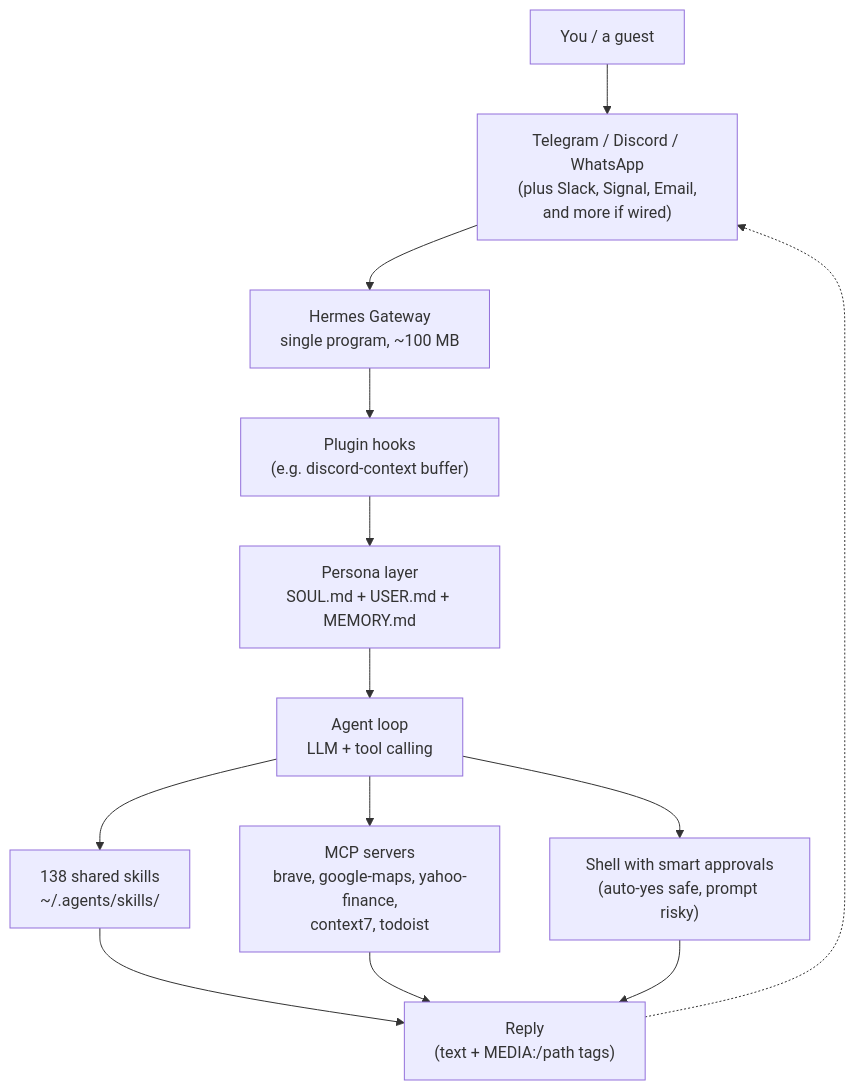
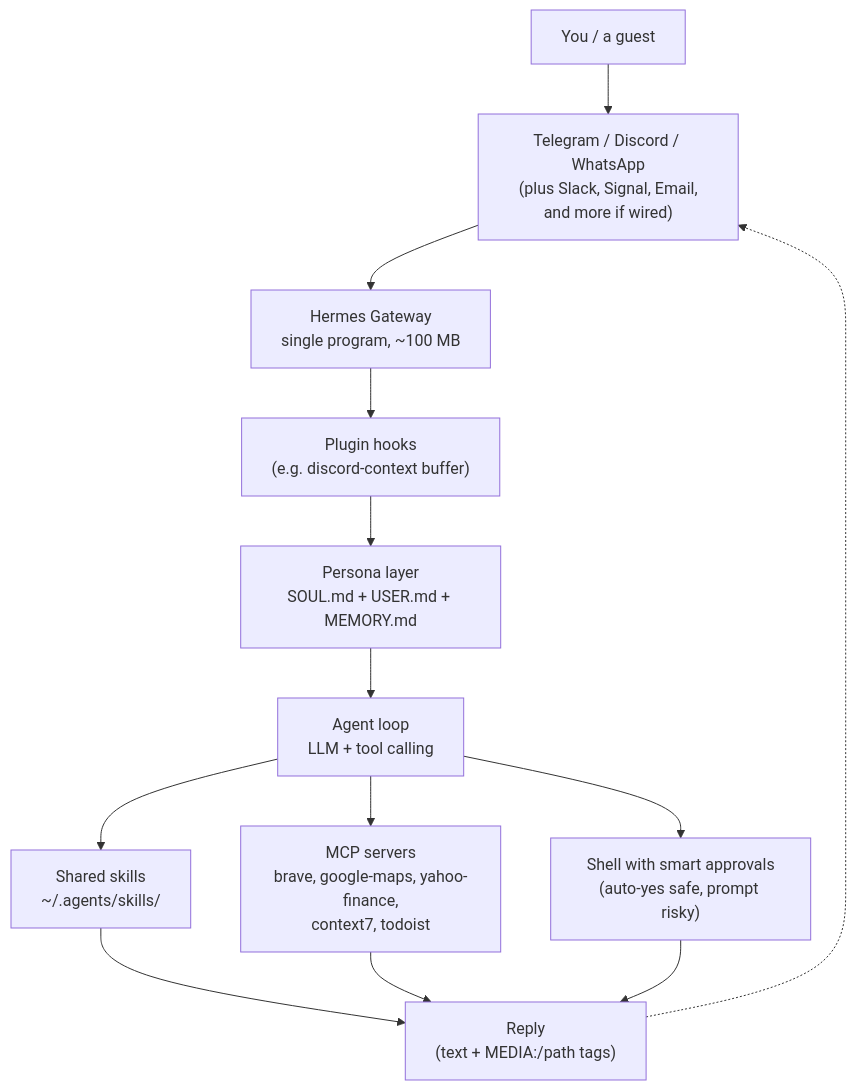
One commit to absolutepraya/blog changed the first of 5 diagrams in content/posts/hermes-agent-setup.md. Above: the diagram before and after it, drawn with Mermaid. The commit also changed other lines of this file, not shown here.

Commit message:
Refresh Hermes agent build log

````diff
--- a/content/posts/hermes-agent-setup.md
+++ b/content/posts/hermes-agent-setup.md
@@ -51,18 +53,18 @@
 ```mermaid
 graph TD
     User["You / a guest"]
     User --> Platform["Telegram / Discord / WhatsApp<br>(plus Slack, Signal, Email,<br>and more if wired)"]
     Platform --> Gateway["Hermes Gateway<br>single program, ~100 MB"]
     Gateway --> Hooks["Plugin hooks<br>(e.g. discord-context buffer)"]
     Hooks --> Persona["Persona layer<br>SOUL.md + USER.md + MEMORY.md"]
     Persona --> Agent["Agent loop<br>LLM + tool calling"]
 
-    Agent --> Skills["138 shared skills<br>~/.agents/skills/"]
+    Agent --> Skills["Shared skills<br>~/.agents/skills/"]
     Agent --> MCP["MCP servers<br>brave, google-maps, yahoo-finance,<br>context7, todoist"]
     Agent --> Shell["Shell with smart approvals<br>(auto-yes safe, prompt risky)"]
 
     Skills --> Reply["Reply<br>(text + MEDIA:/path tags)"]
     MCP --> Reply
     Shell --> Reply
     Reply -.-> Platform
 ```
````
